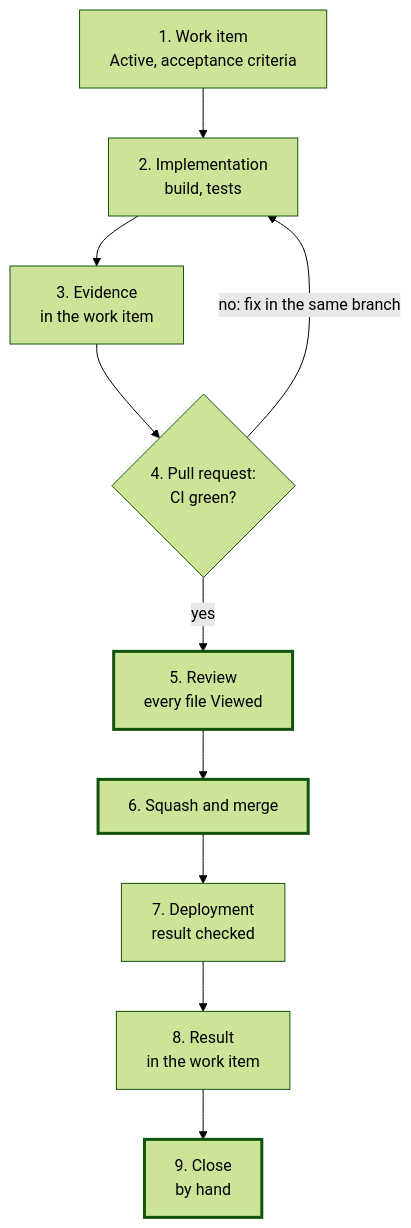
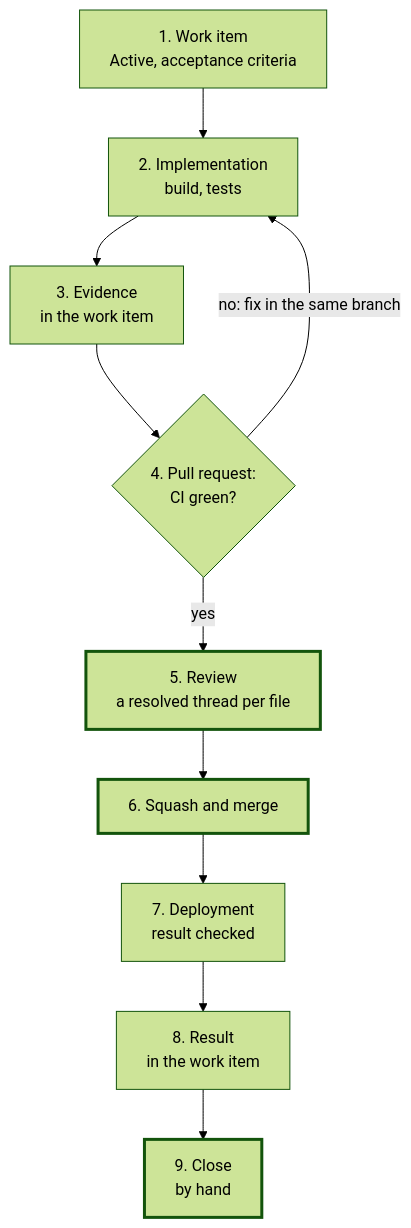
One commit to AlexeyGane/signallog changed the diagram in docs/standards/change-workflow.md. Above: the diagram before and after it, drawn with Mermaid (forest theme). The commit also changed other lines of this file and 16 other files, not shown here.

First line of the commit message:
ci(infra): review every file through resolved review threads AB#31 (#40)

````diff
--- a/docs/standards/change-workflow.md
+++ b/docs/standards/change-workflow.md
@@ -16,14 +16,14 @@
 ```mermaid
 flowchart TB
     S["1. Work item<br/>Active, acceptance criteria"] --> B["2. Implementation<br/>build, tests"]
     B --> E["3. Evidence<br/>in the work item"]
     E --> C{"4. Pull request:<br/>CI green?"}
     C -- no: fix in the same branch --> B
-    C -- yes --> R["5. Review<br/>every file Viewed"]
+    C -- yes --> R["5. Review<br/>a resolved thread per file"]
     R --> M["6. Squash and merge"]
     M --> D["7. Deployment<br/>result checked"]
     D --> X["8. Result<br/>in the work item"]
     X --> Z["9. Close<br/>by hand"]
     classDef owner stroke-width:3px
     class R,M,Z owner
 ```
````
